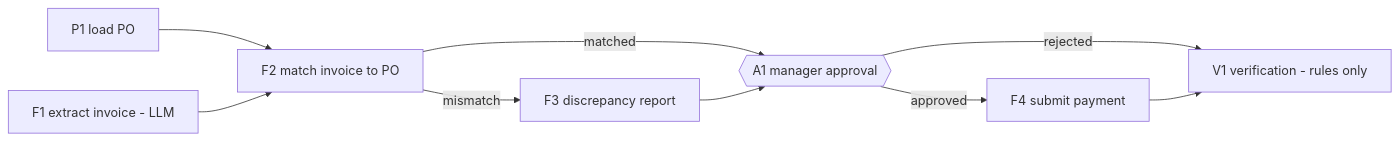
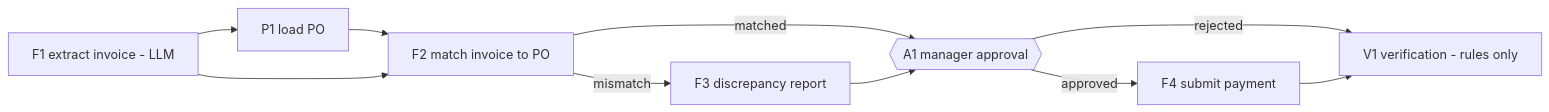
Before and after one commit to DrakesYT/unify-suite: the second of 2 diagrams in docs/architecture.md, drawn with Mermaid. The commit also changed other lines of this file and 54 other files, not shown here.

````diff
--- a/docs/architecture.md
+++ b/docs/architecture.md
@@ -63,11 +68,12 @@
   ```mermaid
   flowchart LR
-      P1[P1 load PO] --> F2[F2 match invoice to PO]
-      F1[F1 extract invoice - LLM] --> F2
+      F1[F1 extract invoice - LLM] --> P1[P1 load PO]
+      P1 --> F2[F2 match invoice to PO]
+      F1 --> F2
       F2 -- mismatch --> F3[F3 discrepancy report]
       F2 -- matched --> A1
       F3 --> A1{{A1 manager approval}}
       A1 -- approved --> F4[F4 submit payment]
       A1 -- rejected --> V1
       F4 --> V1[V1 verification - rules only]
   ```
````
